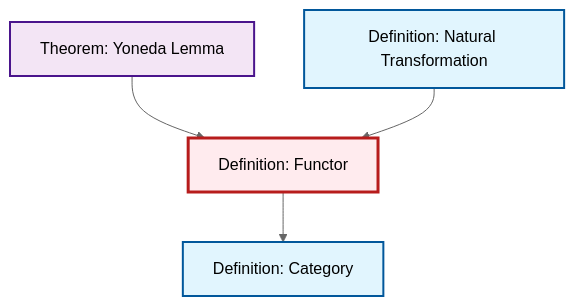
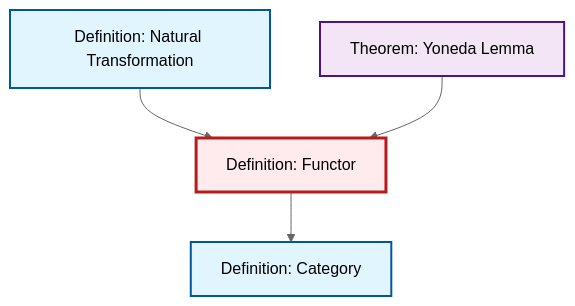
The diagram in content/en/category-theory/def-functor.qmd (RK0429/ModernMath), drawn with Mermaid (neutral theme) before and after one commit. The commit also changed 511 other files, not shown here.

````diff
--- a/content/en/category-theory/def-functor.qmd
+++ b/content/en/category-theory/def-functor.qmd
@@ -48,21 +48,17 @@
 ```{mermaid}
 %%| fig-cap: "Local dependency graph"
 graph TD
     classDef definition fill:#e1f5fe,stroke:#01579b,stroke-width:2px
     classDef theorem fill:#f3e5f5,stroke:#4a148c,stroke-width:2px
     classDef axiom fill:#fff3e0,stroke:#e65100,stroke-width:2px
     classDef example fill:#e8f5e9,stroke:#1b5e20,stroke-width:2px
     classDef current fill:#ffebee,stroke:#b71c1c,stroke-width:3px
-    def-category["Definition: Category"]:::definition
-    thm-yoneda["Theorem: Yoneda Lemma"]:::theorem
     def-natural-transformation["Definition: Natural Transformation"]:::definition
     def-functor["Definition: Functor"]:::definition
+    thm-yoneda["Theorem: Yoneda Lemma"]:::theorem
+    def-category["Definition: Category"]:::definition
+    def-natural-transformation --> def-functor
+    def-functor --> def-category
     thm-yoneda --> def-functor
-    def-functor --> def-category
-    def-natural-transformation --> def-functor
     class def-functor current
-
-    click def-category "def-category.html" "Go to Category definition"
-    click thm-yoneda "thm-yoneda.html" "Go to Yoneda Lemma theorem"
-    click def-natural-transformation "def-natural-transformation.html" "Go to Natural Transformation definition"
 ```
````
